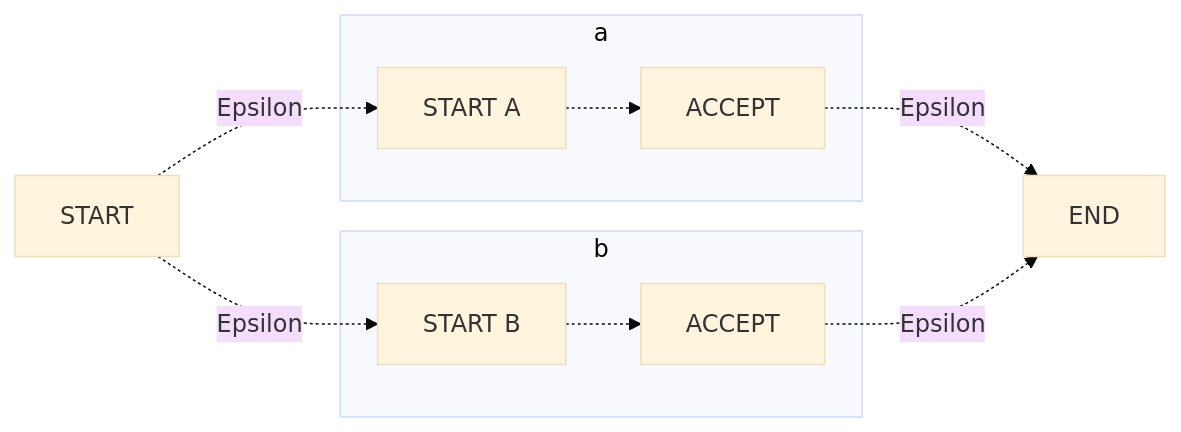
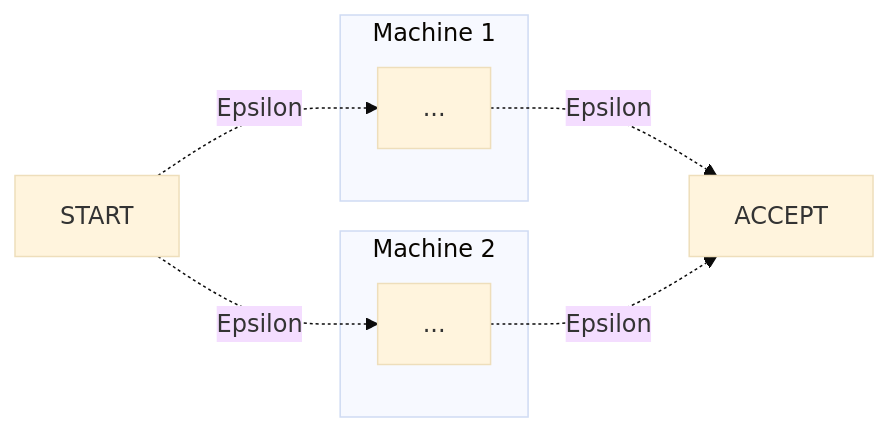
Before and after one commit to shuyelin06/Obsidian-Notes: the fifth of 6 diagrams in content/Classes/CMSC330/Automata Theory.md, drawn with Mermaid (base theme). The commit also changed other lines of this file and 2 other files, not shown here.

````diff
--- a/content/Classes/CMSC330/Automata Theory.md
+++ b/content/Classes/CMSC330/Automata Theory.md
@@ -257,15 +157,15 @@
-```mermaid
-graph LR
-      subgraph a
-               a1[START A] -.->
-               a2[ACCEPT]
+   ```mermaid
+   graph LR
+      start[START];
+      accept[ACCEPT];
+
+      subgraph Machine 1
+            n1[...]
       end
-
-      subgraph b
-               b1[START B] -.->
-               b2[ACCEPT]
+      subgraph Machine 2
+            n2[...]
       end
-
-      e[START] -. Epsilon .-> a1 & b1;
-      a2 & b2 -. Epsilon .-> s[END];
-```
+      
+      start -. Epsilon .-> n1 & n2;
+      n1 & n2 -. Epsilon .-> accept;
+   ```
````
